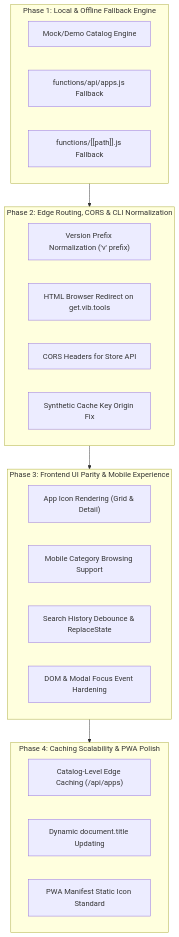
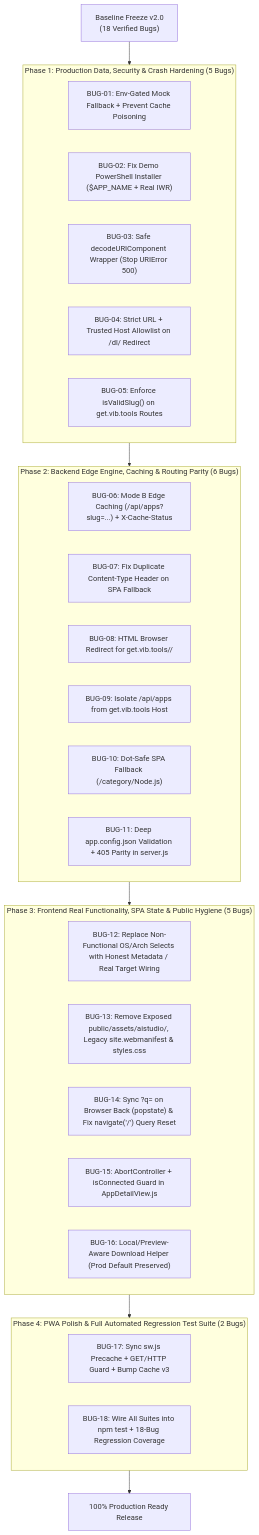
The diagram in notes/planning/production_roadmap.md (JILLU-Games/vibtools-apps), drawn with Mermaid before and after one commit. The commit also changed other lines of this file and 54 other files, not shown here.

First line of the commit message:
feat: implement security hardening and validation

````diff
--- a/notes/planning/production_roadmap.md
+++ b/notes/planning/production_roadmap.md
@@ -20,32 +23,39 @@
 ```mermaid
 flowchart TD
-    subgraph Phase1["Phase 1: Local & Offline Fallback Engine"]
-        P1A["Mock/Demo Catalog Engine"]
-        P1B["functions/api/apps.js Fallback"]
-        P1C["functions/[[path]].js Fallback"]
+    B0["Baseline Freeze v2.0\n(18 Verified Bugs)"] --> P1
+
+    subgraph P1["Phase 1: Production Data, Security & Crash Hardening (5 Bugs)"]
+        P1_1["BUG-01: Env-Gated Mock Fallback + Prevent Cache Poisoning"]
+        P1_2["BUG-02: Fix Demo PowerShell Installer ($APP_NAME + Real IWR)"]
+        P1_3["BUG-03: Safe decodeURIComponent Wrapper (Stop URIError 500)"]
+        P1_4["BUG-04: Strict URL + Trusted Host Allowlist on /dl/ Redirect"]
+        P1_5["BUG-05: Enforce isValidSlug() on get.vib.tools Routes"]
     end
 
-    subgraph Phase2["Phase 2: Edge Routing, CORS & CLI Normalization"]
-        P2A["Version Prefix Normalization ('v' prefix)"]
-        P2B["HTML Browser Redirect on get.vib.tools"]
-        P2C["CORS Headers for Store API"]
-        P2D["Synthetic Cache Key Origin Fix"]
+    subgraph P2["Phase 2: Backend Edge Engine, Caching & Routing Parity (6 Bugs)"]
+        P2_1["BUG-06: Mode B Edge Caching (/api/apps?slug=...) + X-Cache-Status"]
+        P2_2["BUG-07: Fix Duplicate Content-Type Header on SPA Fallback"]
+        P2_3["BUG-08: HTML Browser Redirect for get.vib.tools/<slug>/<ver>"]
+        P2_4["BUG-09: Isolate /api/apps from get.vib.tools Host"]
+        P2_5["BUG-10: Dot-Safe SPA Fallback (/category/Node.js)"]
+        P2_6["BUG-11: Deep app.config.json Validation + 405 Parity in server.js"]
     end
 
-    subgraph Phase3["Phase 3: Frontend UI Parity & Mobile Experience"]
-        P3A["App Icon Rendering (Grid & Detail)"]
-        P3B["Mobile Category Browsing Support"]
-        P3C["Search History Debounce & ReplaceState"]
-        P3D["DOM & Modal Focus Event Hardening"]
+    subgraph P3["Phase 3: Frontend Real Functionality, SPA State & Public Hygiene (5 Bugs)"]
+        P3_1["BUG-12: Replace Non-Functional OS/Arch Selects with Honest Metadata / Real Target Wiring"]
+        P3_2["BUG-13: Remove Exposed public/assets/aistudio/, Legacy site.webmanifest & styles.css"]
+        P3_3["BUG-14: Sync ?q= on Browser Back (popstate) & Fix navigate('/') Query Reset"]
+        P3_4["BUG-15: AbortController + isConnected Guard in AppDetailView.js"]
+        P3_5["BUG-16: Local/Preview-Aware Download Helper (Prod Default Preserved)"]
     end
 
-    subgraph Phase4["Phase 4: Caching Scalability & PWA Polish"]
-        P4A["Catalog-Level Edge Caching (/api/apps)"]
-        P4B["Dynamic document.title Updating"]
-        P4C["PWA Manifest Static Icon Standard"]
+    subgraph P4["Phase 4: PWA Polish & Full Automated Regression Test Suite (2 Bugs)"]
+        P4_1["BUG-17: Sync sw.js Precache + GET/HTTP Guard + Bump Cache v3"]
+        P4_2["BUG-18: Wire All Suites into npm test + 18-Bug Regression Coverage"]
     end
 
-    Phase1 --> Phase2
-    Phase2 --> Phase3
-    Phase3 --> Phase4
+    P1 --> P2
+    P2 --> P3
+    P3 --> P4
+    P4 --> PROD["100% Production Ready Release"]
 ```
````
